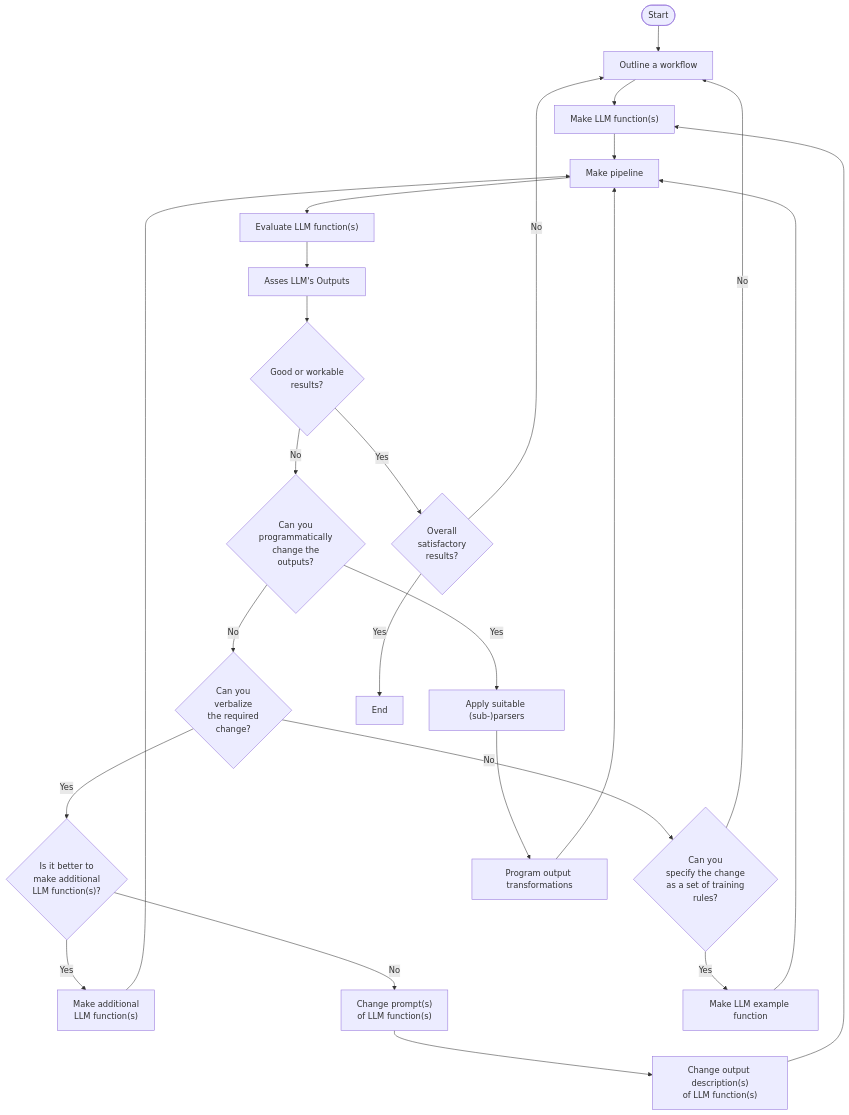
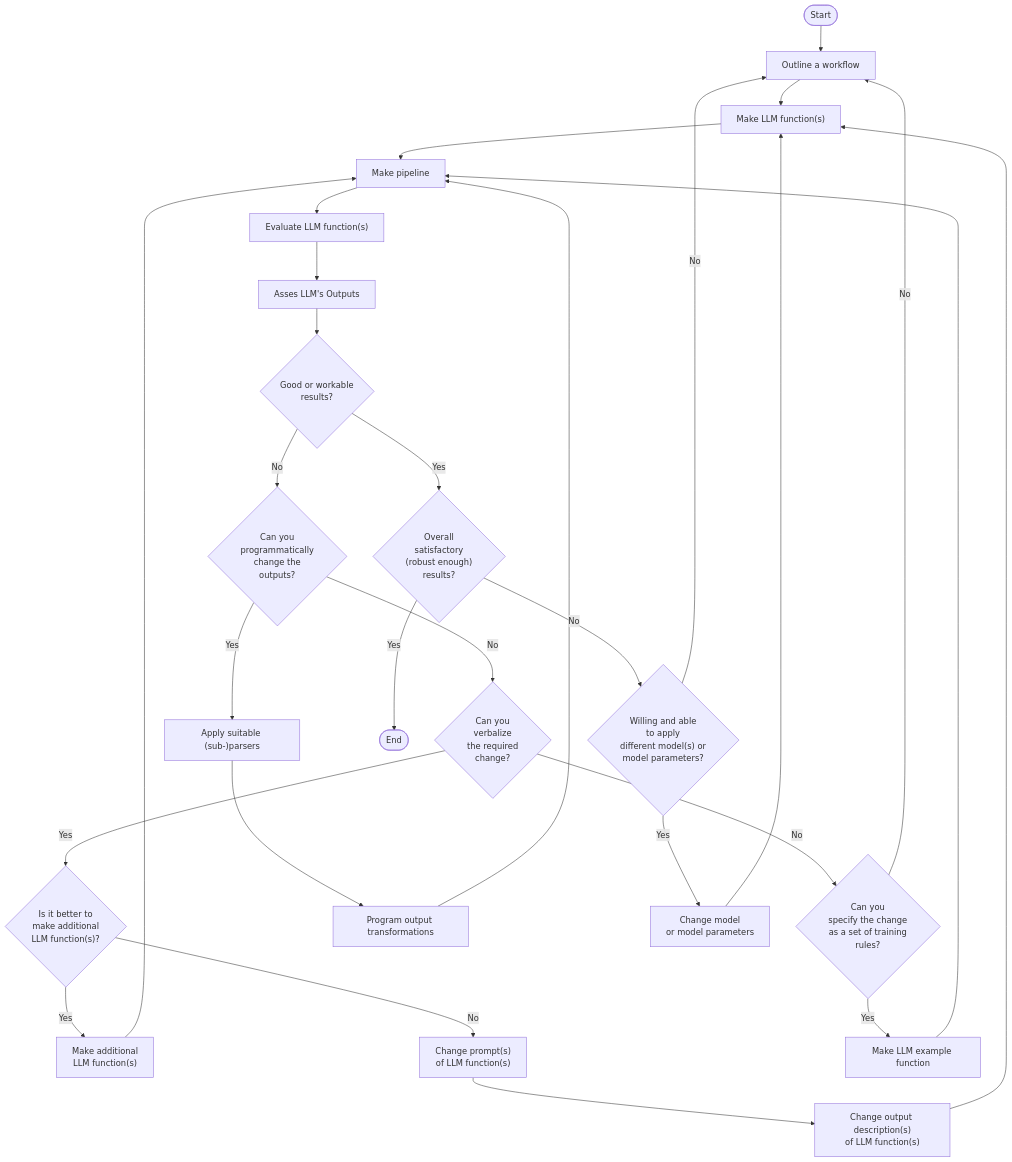
Before and after one commit to antononcube/Raku-LLM-Functions: the diagram in docs/Workflows-with-LLM-functions.md, drawn with Mermaid. The commit also changed other lines of this file, not shown here.

Commit message:
docs:Included changing of models decision point and step into the flowchart; added corresponding explanations.

````diff
--- a/docs/Workflows-with-LLM-functions.md
+++ b/docs/Workflows-with-LLM-functions.md
@@ -166,26 +166,29 @@
 ```mermaid
 graph TD
-    A([Start]) --> HumanWorkflow[Outline a workflow] --> LLMFunc["Make LLM function(s)"]
-    LLMFunc --> MakePipeline[Make pipeline]
+    A([Start]) --> HumanWorkflow[Outline a workflow] --> MakeLLMFuncs["Make LLM function(s)"]
+    MakeLLMFuncs --> MakePipeline[Make pipeline]
     MakePipeline --> LLMEval["Evaluate LLM function(s)"]
     LLMEval --> HumanAsses[Asses LLM's Outputs]
-    HumanAsses --> GoodLLM{Good or workable<br>results?}
-    GoodLLM --> |No| CanProgram{Can you<br>programmatically<br>change the<br>outputs?}
-    CanProgram --> |No| KnowVerb{Can you<br>verbalize<br>the required<br>change?}
+    HumanAsses --> GoodLLMQ{Good or workable<br>results?}
+    GoodLLMQ --> |No| CanProgramQ{Can you<br>programmatically<br>change the<br>outputs?}
+    CanProgramQ --> |No| KnowVerb{Can you<br>verbalize<br>the required<br>change?}
     KnowVerb --> |No| KnowRule{Can you<br>specify the change<br>as a set of training<br>rules?}
-    KnowVerb --> |Yes| ShouldAddLLM{"Is it better to<br>make additional<br>LLM function(s)?"}
-    ShouldAddLLM --> |Yes| AddLLM["Make additional<br>LLM function(s)"]
+    KnowVerb --> |Yes| ShouldAddLLMQ{"Is it better to<br>make additional<br>LLM function(s)?"}
+    ShouldAddLLMQ --> |Yes| AddLLM["Make additional<br>LLM function(s)"]
     AddLLM --> MakePipeline
-    ShouldAddLLM --> |No| ChangePrompt["Change prompt(s)<br>of LLM function(s)"]
+    ShouldAddLLMQ --> |No| ChangePrompt["Change prompt(s)<br>of LLM function(s)"]
     ChangePrompt --> ChangeOutputDescr["Change output description(s)<br>of LLM function(s)"]
-    ChangeOutputDescr --> LLMFunc
-    CanProgram --> |Yes| ApplySubParser["Apply suitable (sub-)parsers"]
+    ChangeOutputDescr --> MakeLLMFuncs
+    CanProgramQ --> |Yes| ApplySubParser["Apply suitable (sub-)parsers"]
     ApplySubParser --> HumanMassageOutput[Program output transformations]
     HumanMassageOutput --> MakePipeline
-    GoodLLM --> |Yes| OverallGood{Overall<br>satisfactory<br>results?}
-    OverallGood --> |No| HumanWorkflow
-    OverallGood --> |Yes| End
+    GoodLLMQ --> |Yes| OverallGood{"Overall<br>satisfactory<br>(robust enough)<br>results?"}
+    OverallGood --> |Yes| End([End])
+    OverallGood --> |No| DifferentModelQ{"Willing and able<br>to apply<br>different model(s) or<br>model parameters?"}
+    DifferentModelQ --> |No| HumanWorkflow
+    DifferentModelQ --> |Yes| ChangeModel[Change model<br>or model parameters]
+    ChangeModel --> MakeLLMFuncs
     KnowRule --> |Yes| LLMExamFunc[Make LLM example function]
     KnowRule --> |No| HumanWorkflow
-    LLMExamFunc --> MakePipeline
+    LLMExamFunc --> MakePipeline 
 ```
````
